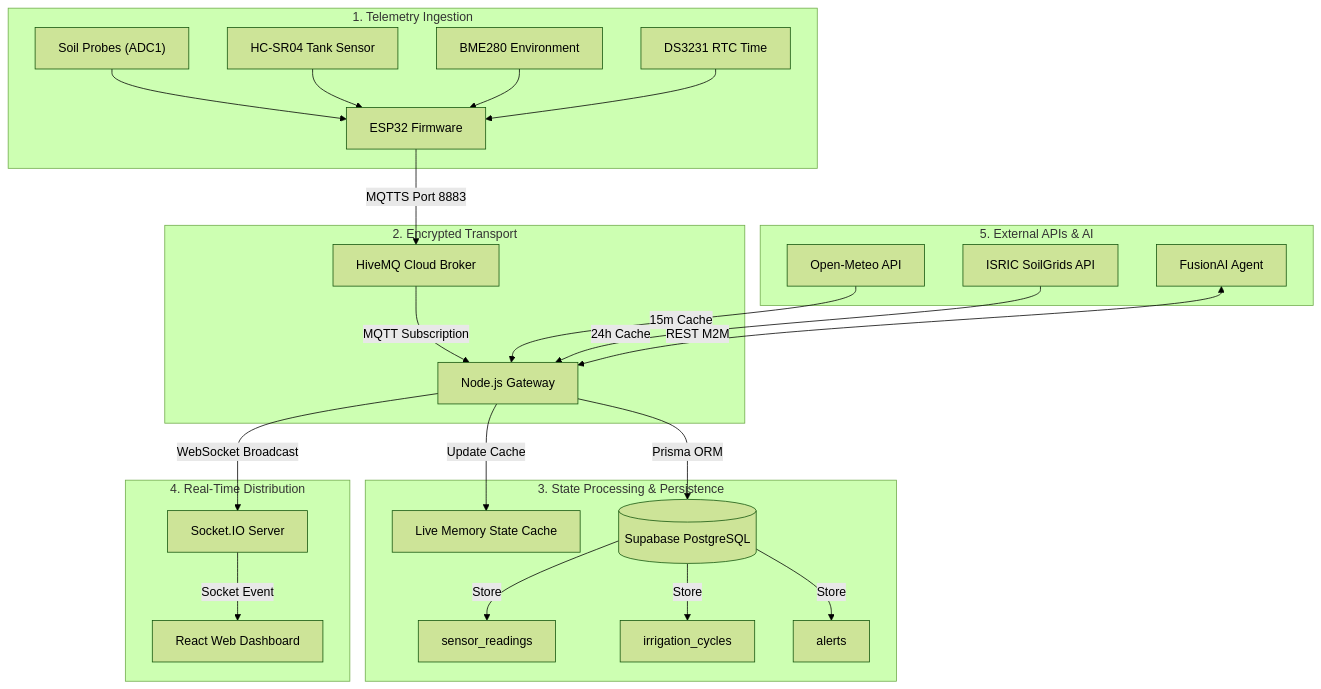
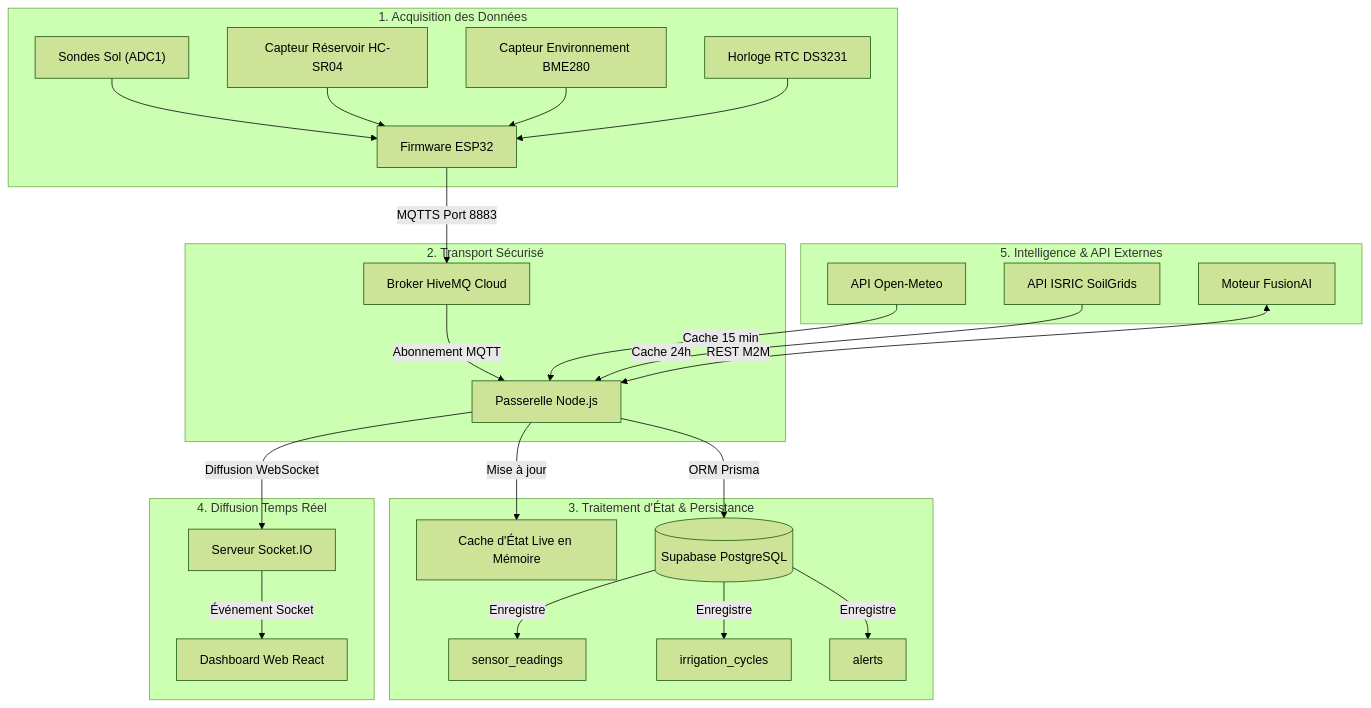
Before and after one commit to Musta2023/Hydrivia: the sixth of 6 diagrams in README.md, drawn with Mermaid (forest theme). The commit also changed other lines of this file and 1 other file, not shown here.

````diff
--- a/README.md
+++ b/README.md
@@ -659,33 +659,33 @@
 ```mermaid
 flowchart TD
-    subgraph DataCollection ["1. Telemetry Ingestion"]
-        S1["Soil Probes (ADC1)"] --> F1["ESP32 Firmware"]
-        S2["HC-SR04 Tank Sensor"] --> F1
-        S3["BME280 Environment"] --> F1
-        S4["DS3231 RTC Time"] --> F1
+    subgraph DataCollection ["1. Acquisition des Données"]
+        S1["Sondes Sol (ADC1)"] --> F1["Firmware ESP32"]
+        S2["Capteur Réservoir HC-SR04"] --> F1
+        S3["Capteur Environnement BME280"] --> F1
+        S4["Horloge RTC DS3231"] --> F1
     end
 
-    subgraph Transport ["2. Encrypted Transport"]
-        F1 -->|MQTTS Port 8883| M1["HiveMQ Cloud Broker"]
-        M1 -->|MQTT Subscription| B1["Node.js Gateway"]
+    subgraph Transport ["2. Transport Sécurisé"]
+        F1 -->|MQTTS Port 8883| M1["Broker HiveMQ Cloud"]
+        M1 -->|Abonnement MQTT| B1["Passerelle Node.js"]
     end
 
-    subgraph StateAndDB ["3. State Processing & Persistence"]
-        B1 -->|Update Cache| C1["Live Memory State Cache"]
-        B1 -->|Prisma ORM| D1[("Supabase PostgreSQL")]
-        D1 -->|Store| D2["sensor_readings"]
-        D1 -->|Store| D3["irrigation_cycles"]
-        D1 -->|Store| D4["alerts"]
+    subgraph StateAndDB ["3. Traitement d'État & Persistance"]
+        B1 -->|Mise à jour| C1["Cache d'État Live en Mémoire"]
+        B1 -->|ORM Prisma| D1[("Supabase PostgreSQL")]
+        D1 -->|Enregistre| D2["sensor_readings"]
+        D1 -->|Enregistre| D3["irrigation_cycles"]
+        D1 -->|Enregistre| D4["alerts"]
     end
 
-    subgraph RealTimeDistribution ["4. Real-Time Distribution"]
-        B1 -->|WebSocket Broadcast| W1["Socket.IO Server"]
-        W1 -->|Socket Event| U1["React Web Dashboard"]
+    subgraph RealTimeDistribution ["4. Diffusion Temps Réel"]
+        B1 -->|Diffusion WebSocket| W1["Serveur Socket.IO"]
+        W1 -->|Événement Socket| U1["Dashboard Web React"]
     end
 
-    subgraph ExternalIntelligence ["5. External APIs & AI"]
-        API1["Open-Meteo API"] -->|15m Cache| B1
-        API2["ISRIC SoilGrids API"] -->|24h Cache| B1
-        AI1["FusionAI Agent"] <-->|REST M2M| B1
+    subgraph ExternalIntelligence ["5. Intelligence & API Externes"]
+        API1["API Open-Meteo"] -->|Cache 15 min| B1
+        API2["API ISRIC SoilGrids"] -->|Cache 24h| B1
+        AI1["Moteur FusionAI"] <-->|REST M2M| B1
     end
 ```
````
